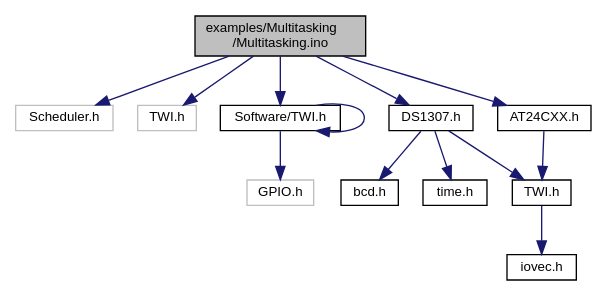
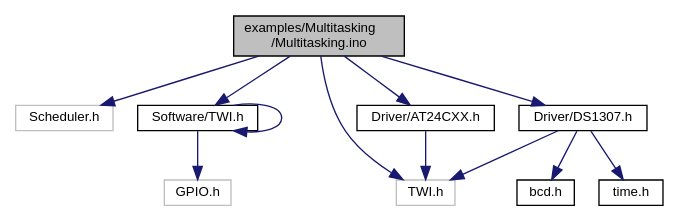
One commit to mikaelpatel/mikaelpatel.github.io changed the diagram in Arduino-TWI/d5/dba/Multitasking_8ino__incl.dot. Above: the diagram before and after it, drawn with Graphviz. The commit also changed 144 other files, not shown here.

```diff
--- a/Arduino-TWI/d5/dba/Multitasking_8ino__incl.dot
+++ b/Arduino-TWI/d5/dba/Multitasking_8ino__incl.dot
@@ -1,28 +1,25 @@
 digraph "examples/Multitasking/Multitasking.ino"
 {
   edge [fontname="Helvetica",fontsize="10",labelfontname="Helvetica",labelfontsize="10"];
   node [fontname="Helvetica",fontsize="10",shape=record];
   Node1 [label="examples/Multitasking\l/Multitasking.ino",height=0.2,width=0.4,color="black", fillcolor="grey75", style="filled", fontcolor="black"];
   Node1 -> Node2 [color="midnightblue",fontsize="10",style="solid",fontname="Helvetica"];
   Node2 [label="Scheduler.h",height=0.2,width=0.4,color="grey75", fillcolor="white", style="filled"];
   Node1 -> Node3 [color="midnightblue",fontsize="10",style="solid",fontname="Helvetica"];
   Node3 [label="TWI.h",height=0.2,width=0.4,color="grey75", fillcolor="white", style="filled"];
   Node1 -> Node4 [color="midnightblue",fontsize="10",style="solid",fontname="Helvetica"];
   Node4 [label="Software/TWI.h",height=0.2,width=0.4,color="black", fillcolor="white", style="filled",URL="$df/dad/Software_2TWI_8h.html"];
   Node4 -> Node4 [color="midnightblue",fontsize="10",style="solid",fontname="Helvetica"];
   Node4 -> Node5 [color="midnightblue",fontsize="10",style="solid",fontname="Helvetica"];
   Node5 [label="GPIO.h",height=0.2,width=0.4,color="grey75", fillcolor="white", style="filled"];
   Node1 -> Node6 [color="midnightblue",fontsize="10",style="solid",fontname="Helvetica"];
-  Node6 [label="DS1307.h",height=0.2,width=0.4,color="black", fillcolor="white", style="filled",URL="$de/dba/DS1307_8h.html"];
+  Node6 [label="Driver/DS1307.h",height=0.2,width=0.4,color="black", fillcolor="white", style="filled",URL="$de/dba/DS1307_8h.html"];
   Node6 -> Node7 [color="midnightblue",fontsize="10",style="solid",fontname="Helvetica"];
   Node7 [label="bcd.h",height=0.2,width=0.4,color="black", fillcolor="white", style="filled",URL="$d3/db0/bcd_8h.html"];
   Node6 -> Node8 [color="midnightblue",fontsize="10",style="solid",fontname="Helvetica"];
   Node8 [label="time.h",height=0.2,width=0.4,color="black", fillcolor="white", style="filled",URL="$de/df7/time_8h.html"];
-  Node6 -> Node9 [color="midnightblue",fontsize="10",style="solid",fontname="Helvetica"];
-  Node9 [label="TWI.h",height=0.2,width=0.4,color="black", fillcolor="white", style="filled",URL="$d7/d67/TWI_8h.html"];
-  Node9 -> Node10 [color="midnightblue",fontsize="10",style="solid",fontname="Helvetica"];
-  Node10 [label="iovec.h",height=0.2,width=0.4,color="black", fillcolor="white", style="filled",URL="$d6/dbc/iovec_8h.html"];
-  Node1 -> Node11 [color="midnightblue",fontsize="10",style="solid",fontname="Helvetica"];
-  Node11 [label="AT24CXX.h",height=0.2,width=0.4,color="black", fillcolor="white", style="filled",URL="$db/d0b/AT24CXX_8h.html"];
-  Node11 -> Node9 [color="midnightblue",fontsize="10",style="solid",fontname="Helvetica"];
+  Node6 -> Node3 [color="midnightblue",fontsize="10",style="solid",fontname="Helvetica"];
+  Node1 -> Node9 [color="midnightblue",fontsize="10",style="solid",fontname="Helvetica"];
+  Node9 [label="Driver/AT24CXX.h",height=0.2,width=0.4,color="black", fillcolor="white", style="filled",URL="$db/d0b/AT24CXX_8h.html"];
+  Node9 -> Node3 [color="midnightblue",fontsize="10",style="solid",fontname="Helvetica"];
 }
```
